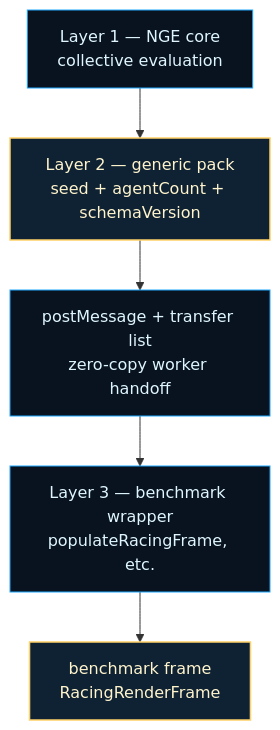
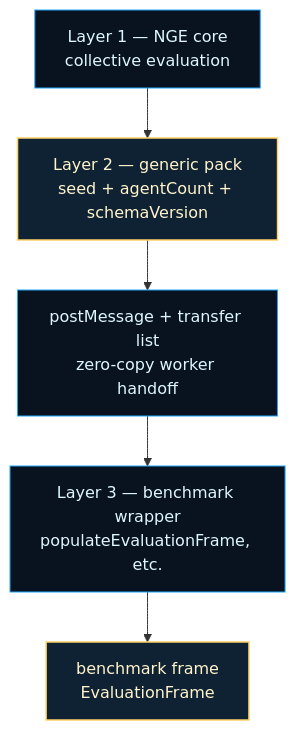
The diagram in src/architecture/network/evaluation-pack/README.md (reicek/NeatapticTS), drawn with Mermaid before and after one commit. The commit also changed other lines of this file and 241 other files, not shown here.

````diff
--- a/src/architecture/network/evaluation-pack/README.md
+++ b/src/architecture/network/evaluation-pack/README.md
@@ -37,10 +36,10 @@
 ```mermaid
 flowchart TD
   classDef base fill:#08131f,stroke:#1ea7ff,color:#dff6ff,stroke-width:1px;
   classDef accent fill:#0f2233,stroke:#ffd166,color:#fff4cc,stroke-width:1.5px;
 
   Core[Layer 1 — NGE core<br/>collective evaluation]:::base --> Pack[Layer 2 — generic pack<br/>seed + agentCount + schemaVersion]:::accent
   Pack --> Transfer[postMessage + transfer list<br/>zero-copy worker handoff]:::base
-  Transfer --> Wrap[Layer 3 — benchmark wrapper<br/>populateRacingFrame, etc.]:::base
-  Wrap --> Frame[benchmark frame<br/>RacingRenderFrame]:::accent
+  Transfer --> Wrap[Layer 3 — benchmark wrapper<br/>populateEvaluationFrame, etc.]:::base
+  Wrap --> Frame[benchmark frame<br/>EvaluationFrame]:::accent
 ```
````
